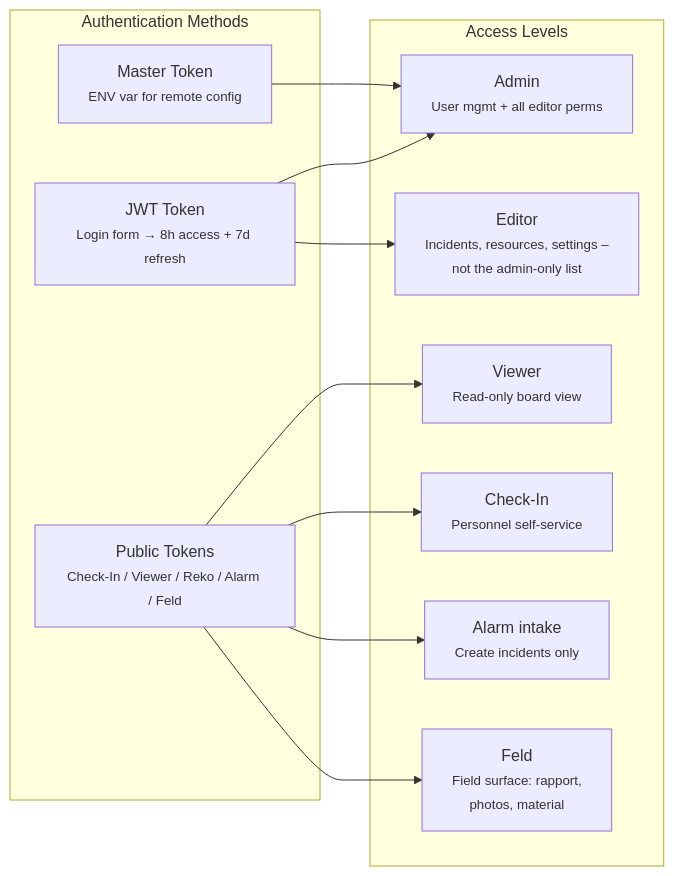
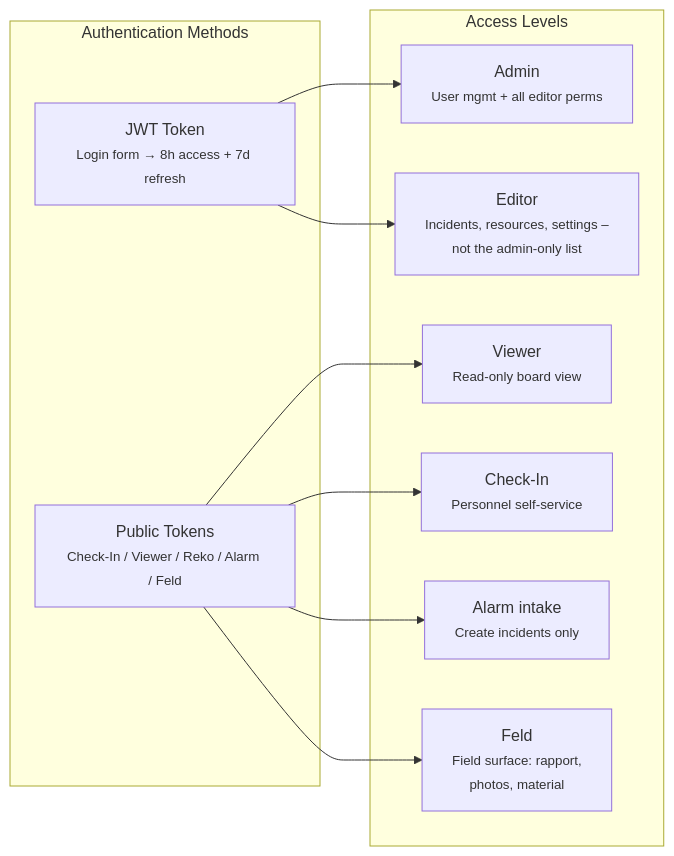
One commit to feuerwehr-oberwil/kp-rueck changed the tenth of 10 diagrams in docs/ARCHITECTURE.md. Above: the diagram before and after it, drawn with Mermaid. The commit also changed other lines of this file and 16 other files, not shown here.

First line of the commit message:
fix(security)!: remove MASTER_TOKEN, the static bearer token with full admin rights

````diff
--- a/docs/ARCHITECTURE.md
+++ b/docs/ARCHITECTURE.md
@@ -530,25 +530,23 @@
 ```mermaid
 graph LR
     subgraph auth["Authentication Methods"]
         jwt["JWT Token<br/><small>Login form → 8h access + 7d refresh</small>"]
-        master["Master Token<br/><small>ENV var for remote config</small>"]
         public_token["Public Tokens<br/><small>Check-In / Viewer / Reko / Alarm / Feld</small>"]
     end
 
     subgraph roles["Access Levels"]
         admin["Admin<br/><small>User mgmt + all editor perms</small>"]
         editor["Editor<br/><small>Incidents, resources, settings –<br/>not the admin-only list</small>"]
         viewer["Viewer<br/><small>Read-only board view</small>"]
         checkin["Check-In<br/><small>Personnel self-service</small>"]
         intake["Alarm intake<br/><small>Create incidents only</small>"]
         feld["Feld<br/><small>Field surface: rapport,<br/>photos, material</small>"]
     end
 
     jwt --> admin
     jwt --> editor
-    master --> admin
     public_token --> viewer
     public_token --> checkin
     public_token --> intake
     public_token --> feld
 ```
````
